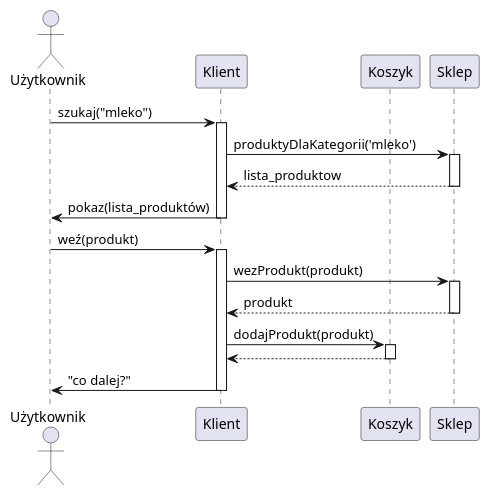
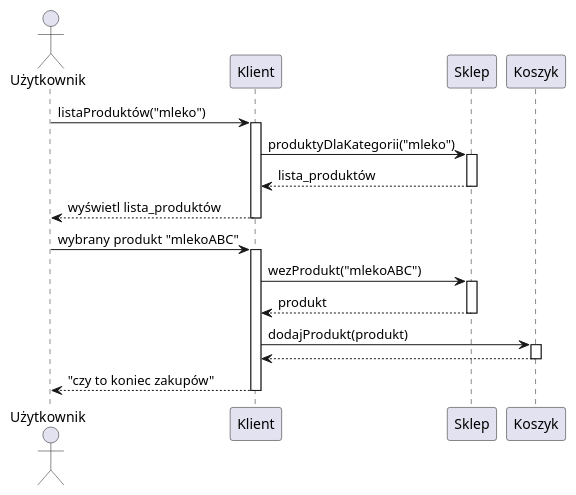
Before and after one commit to kpodlaski/Projektowanie_obiektowe_2022: the diagram in zaoczne/G1/sklep_sequence_diagram.plantuml, drawn with PlantUML.

```diff
--- a/zaoczne/G1/sklep_sequence_diagram.plantuml
+++ b/zaoczne/G1/sklep_sequence_diagram.plantuml
@@ -1,22 +1,23 @@
 @startuml
+
+'człowiek używający aplikacji
 actor Użytkownik 
-participant Klient
-participant Koszyk
-Użytkownik -> Klient : szukaj("mleko")
+
+'ignorujemy UI
+Użytkownik -> Klient : listaProduktów("mleko")
 activate Klient
-    Klient -> Sklep : produktyDlaKategorii('mleko')
-    activate Sklep
-return lista_produktow
-Klient -> Użytkownik : pokaz(lista_produktów)
-deactivate
-Użytkownik -> Klient : weź(produkt)
+Klient -> Sklep : produktyDlaKategorii("mleko")
+activate Sklep
+return lista_produktów
+return wyświetl lista_produktów
+Użytkownik -> Klient : wybrany produkt "mlekoABC"
 activate Klient
-    Klient -> Sklep : wezProdukt(produkt)
-    activate Sklep
-    return produkt
+Klient -> Sklep : wezProdukt("mlekoABC")
+activate Sklep
+return produkt
 Klient -> Koszyk : dodajProdukt(produkt)
 activate Koszyk
-return
-Klient -> Użytkownik: "co dalej?"
-deactivate 
+return 
+Klient --> Użytkownik : "czy to koniec zakupów"
+deactivate
 @enduml
```
